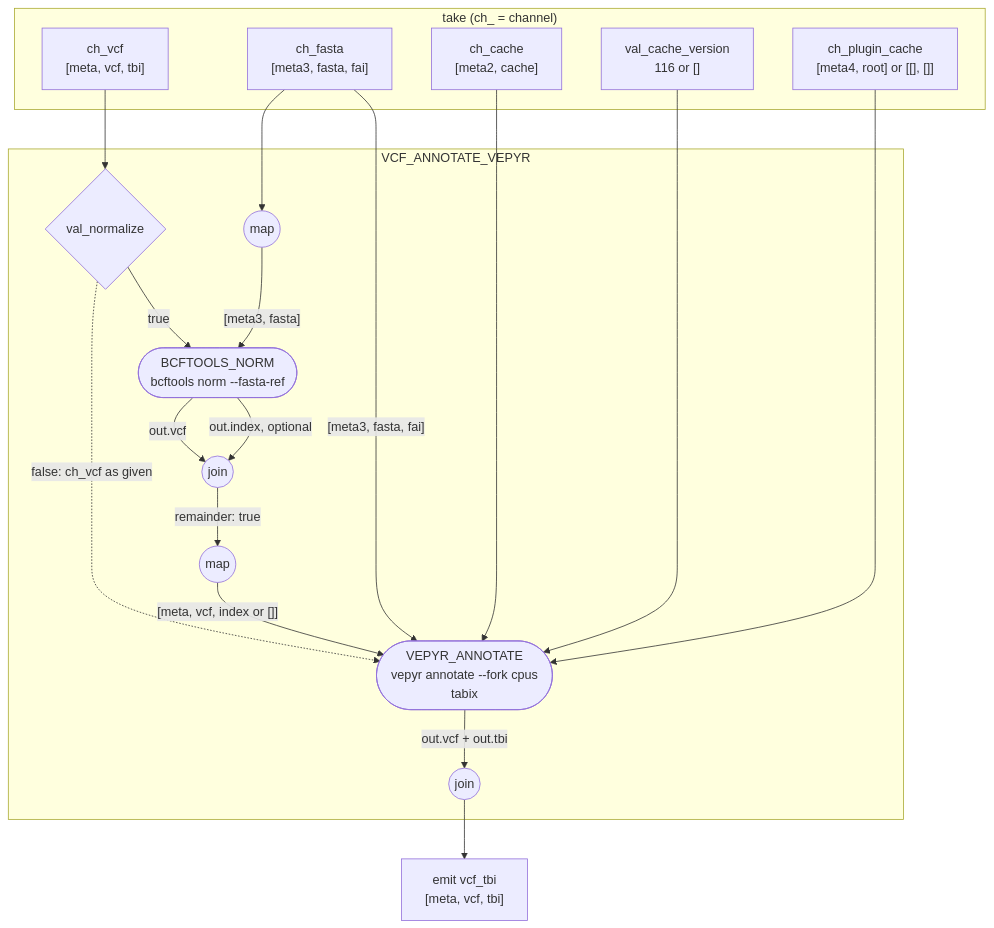
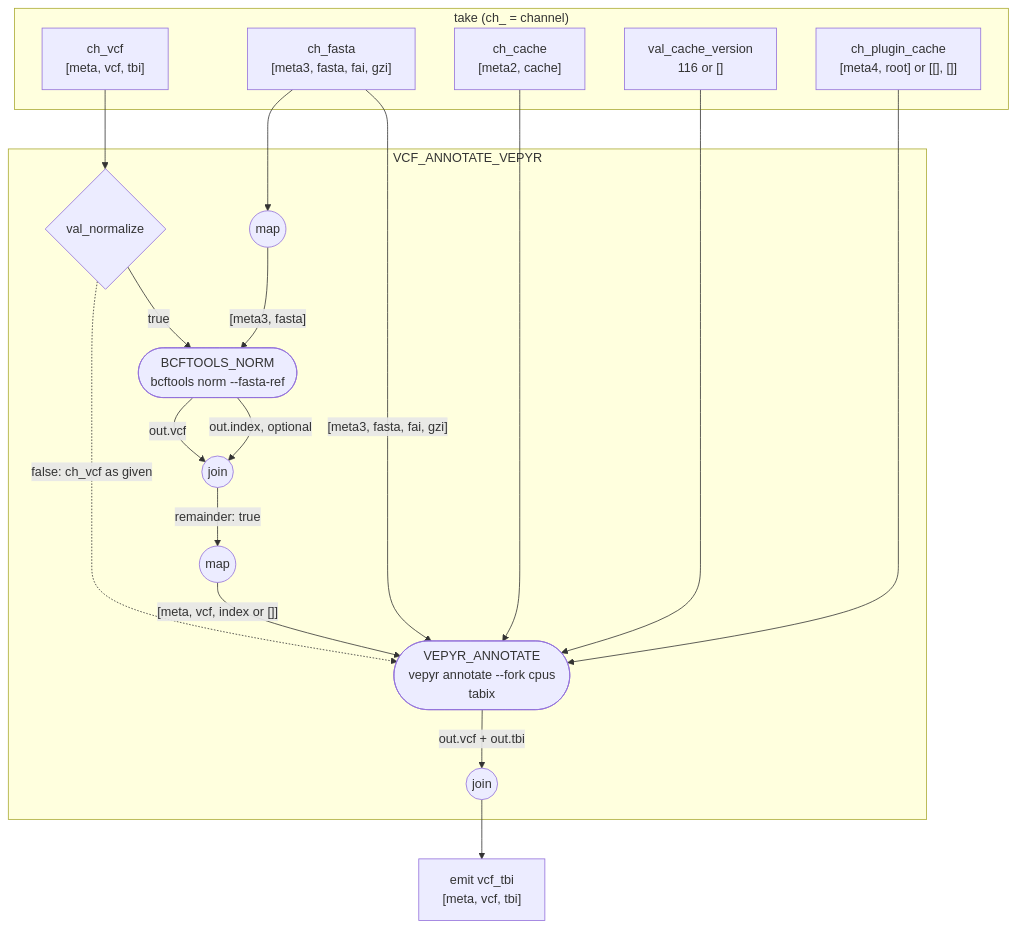
One commit to biodatageeks/vepyr changed the diagram in docs/diagrams/nextflow-subworkflow.mmd. Above: the diagram before and after it, drawn with Mermaid. The commit also changed 2 other files, not shown here.

Commit message:
docs(diagrams): subworkflow diagram shows the four-element FASTA tuple

```diff
--- a/docs/diagrams/nextflow-subworkflow.mmd
+++ b/docs/diagrams/nextflow-subworkflow.mmd
@@ -1,36 +1,36 @@
 flowchart TB
     subgraph take ["take (ch_ = channel)"]
         vcf["ch_vcf<br/>[meta, vcf, tbi]"]
-        fasta["ch_fasta<br/>[meta3, fasta, fai]"]
+        fasta["ch_fasta<br/>[meta3, fasta, fai, gzi]"]
         cache["ch_cache<br/>[meta2, cache]"]
         ver["val_cache_version<br/>116 or []"]
         plug["ch_plugin_cache<br/>[meta4, root] or [[], []]"]
     end
 
     subgraph VCF_ANNOTATE_VEPYR
         norm{"val_normalize"}
         dropfai(("map"))
         bcf(["BCFTOOLS_NORM<br/>bcftools norm --fasta-ref"])
         join1(("join"))
         index(("map"))
         vepyr(["VEPYR_ANNOTATE<br/>vepyr annotate --fork cpus<br/>tabix"])
         join2(("join"))
     end
 
     out["emit vcf_tbi<br/>[meta, vcf, tbi]"]
 
     vcf --> norm
     norm -- "true" --> bcf
     norm -. "false: ch_vcf as given" .-> vepyr
     fasta --> dropfai
     dropfai -- "[meta3, fasta]" --> bcf
     bcf -- "out.vcf" --> join1
     bcf -- "out.index, optional" --> join1
     join1 -- "remainder: true" --> index
     index -- "[meta, vcf, index or []]" --> vepyr
-    fasta -- "[meta3, fasta, fai]" --> vepyr
+    fasta -- "[meta3, fasta, fai, gzi]" --> vepyr
     cache --> vepyr
     ver --> vepyr
     plug --> vepyr
     vepyr -- "out.vcf + out.tbi" --> join2
     join2 --> out
```
